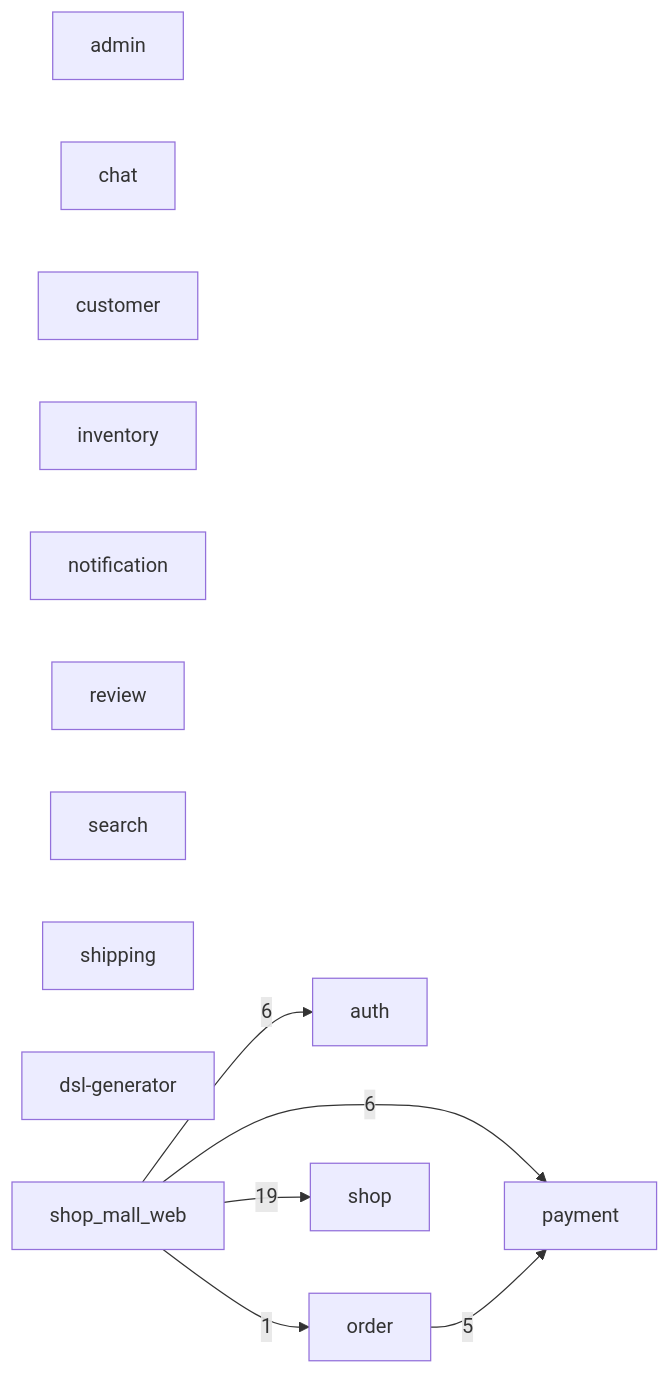
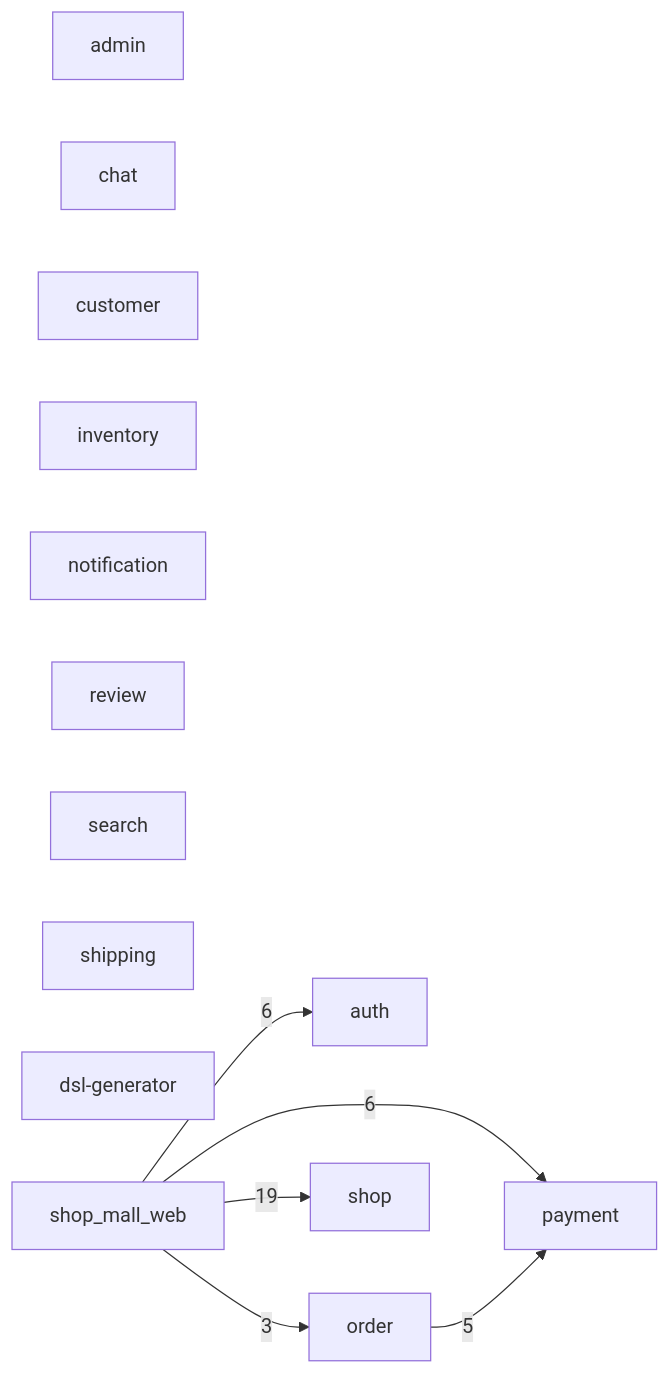
Before and after one commit to makoto-developer/go_microservice_example: the diagram in ARCHITECTURE.md, drawn with Mermaid. The commit also changed other lines of this file and 7 other files, not shown here.

````diff
--- a/ARCHITECTURE.md
+++ b/ARCHITECTURE.md
@@ -10,22 +10,22 @@
 ```mermaid
 graph LR
   s0["admin"]
   s1["auth"]
   s2["chat"]
   s3["customer"]
   s4["inventory"]
   s5["notification"]
   s6["order"]
   s7["payment"]
   s8["review"]
   s9["search"]
   s10["shipping"]
   s11["shop"]
   s12["dsl-generator"]
   s13["shop_mall_web"]
   s13 -->|"19"| s11
   s13 -->|"6"| s7
   s13 -->|"6"| s1
   s6 -->|"5"| s7
-  s13 -->|"1"| s6
+  s13 -->|"3"| s6
 ```
````
